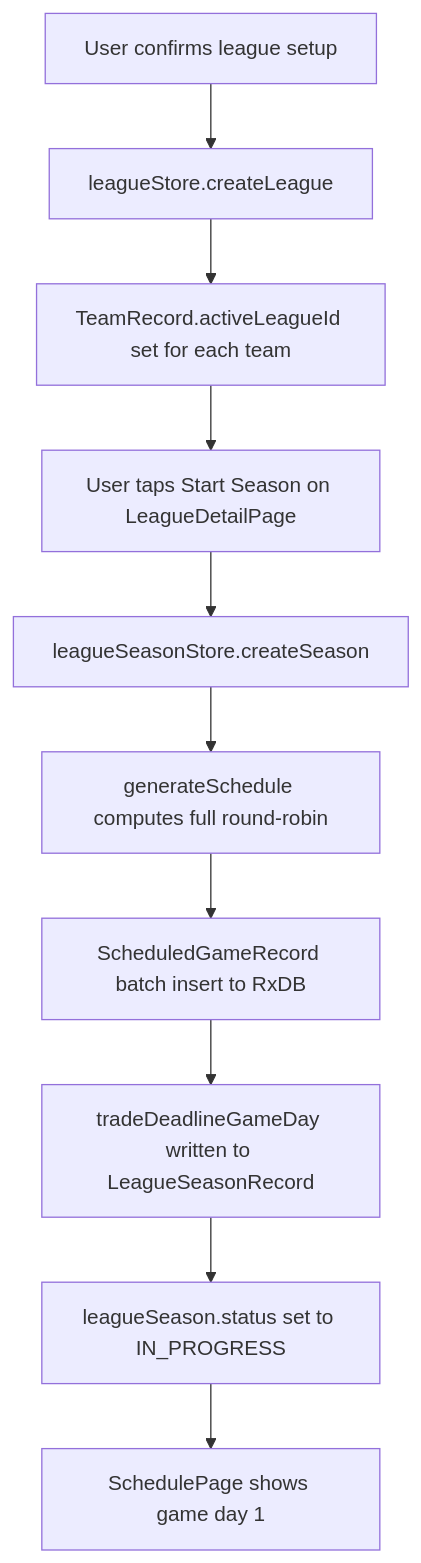
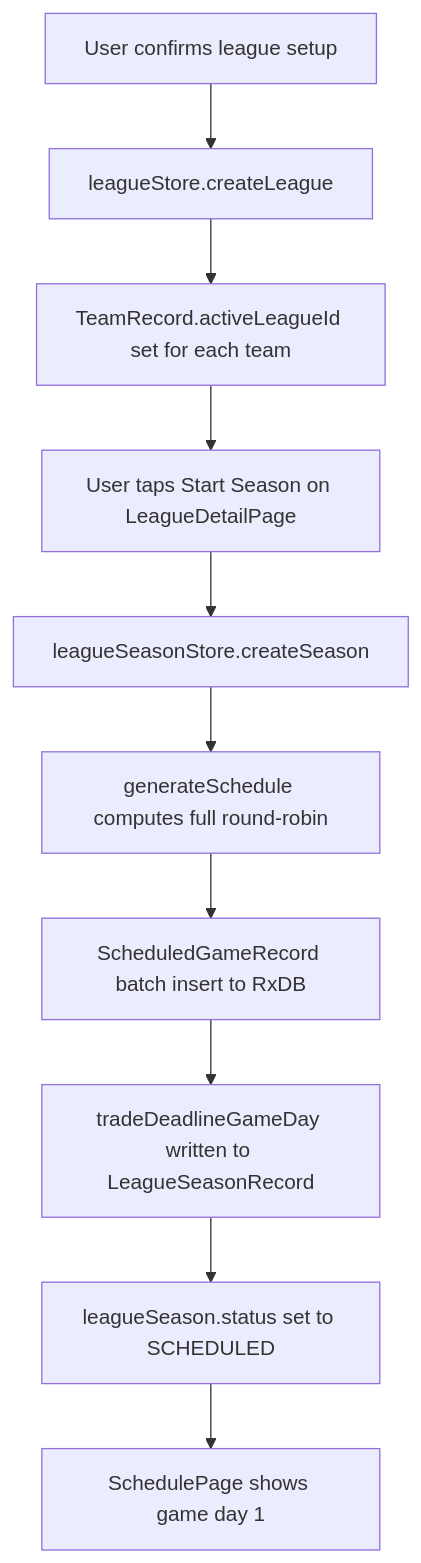
The second of 2 diagrams in docs/league-mode/schedule-algorithm.md (maniator/blipit-legends), drawn with Mermaid before and after one commit. The commit also changed other lines of this file, not shown here.

Commit message:
docs: fix schedule-algorithm preset math and season status pipeline

````diff
--- a/docs/league-mode/schedule-algorithm.md
+++ b/docs/league-mode/schedule-algorithm.md
@@ -281,12 +281,12 @@
 ```mermaid
 flowchart TD
     A[User confirms league setup] --> B[leagueStore.createLeague]
     B --> C[TeamRecord.activeLeagueId set for each team]
     C --> D[User taps Start Season on LeagueDetailPage]
     D --> E[leagueSeasonStore.createSeason]
     E --> F[generateSchedule computes full round-robin]
     F --> G[ScheduledGameRecord batch insert to RxDB]
     G --> H[tradeDeadlineGameDay written to LeagueSeasonRecord]
-    H --> I[leagueSeason.status set to IN_PROGRESS]
+    H --> I[leagueSeason.status set to SCHEDULED]
     I --> J[SchedulePage shows game day 1]
 ```
````
